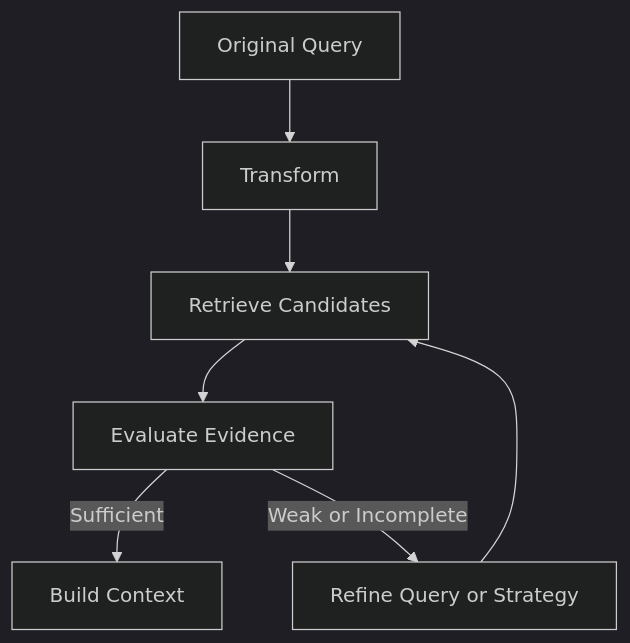
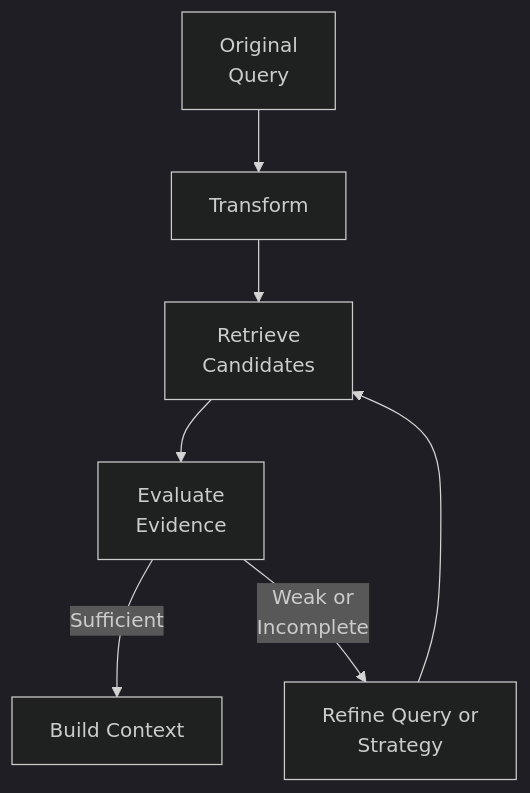
One commit to MihirKJha/enterprise-ai-blog changed the third of 3 diagrams in docs/architecture-insights/genai-and-rag/3.9_engineering_query_to_knowledge_alignment.md. Above: the diagram before and after it, drawn with Mermaid (dark theme). The commit also changed other lines of this file, not shown here.

````diff
--- a/docs/architecture-insights/genai-and-rag/3.9_engineering_query_to_knowledge_alignment.md
+++ b/docs/architecture-insights/genai-and-rag/3.9_engineering_query_to_knowledge_alignment.md
@@ -240,9 +240,9 @@
 ```mermaid
 flowchart TD
-    A[Original Query] --> B[Transform]
-    B --> C[Retrieve Candidates]
-    C --> D[Evaluate Evidence]
+    A[Original<br/>Query] --> B[Transform]
+    B --> C[Retrieve<br/>Candidates]
+    C --> D[Evaluate<br/>Evidence]
     D -->|Sufficient| E[Build Context]
-    D -->|Weak or Incomplete| F[Refine Query or Strategy]
+    D -->|Weak or<br/>Incomplete| F[Refine Query or<br/>Strategy]
     F --> C
 ```
````
